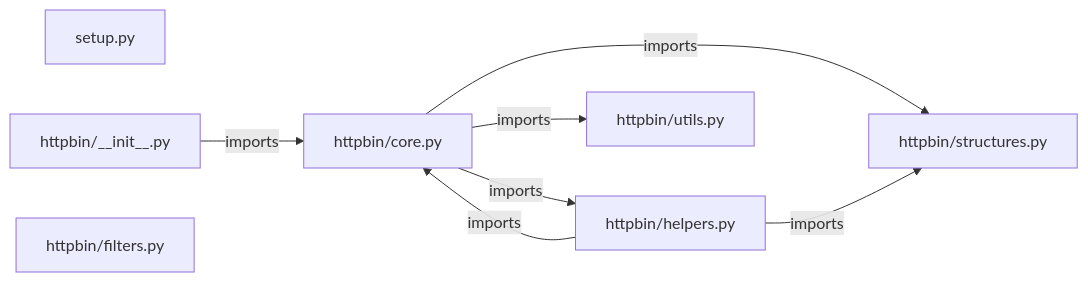
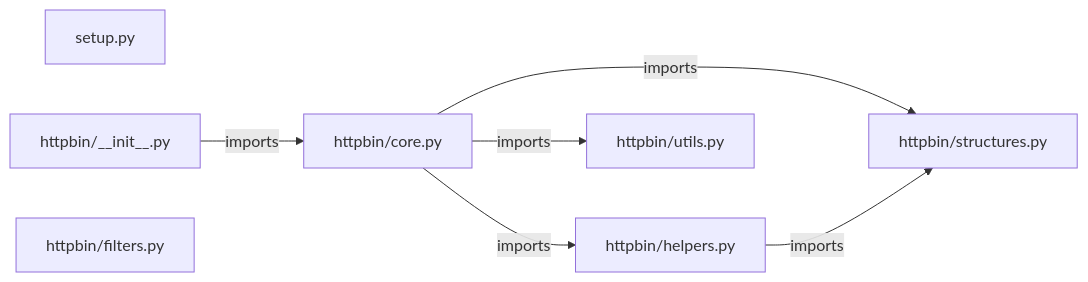
The diagram in PROJECT_ARCHITECTURE.md (iarsingh/httpbin), drawn with Mermaid before and after one commit.

Commit message:
Refresh architecture and interview guides from current implementation

````diff
--- a/PROJECT_ARCHITECTURE.md
+++ b/PROJECT_ARCHITECTURE.md
@@ -13,16 +13,15 @@
 ```mermaid
 flowchart LR
     M0["setup.py"]
     M1["httpbin/__init__.py"]
     M2["httpbin/core.py"]
     M3["httpbin/filters.py"]
     M4["httpbin/helpers.py"]
     M5["httpbin/structures.py"]
     M6["httpbin/utils.py"]
     M1 -->|imports| M2
     M2 -->|imports| M4
     M2 -->|imports| M5
     M2 -->|imports| M6
-    M4 -->|imports| M2
     M4 -->|imports| M5
 ```
````
